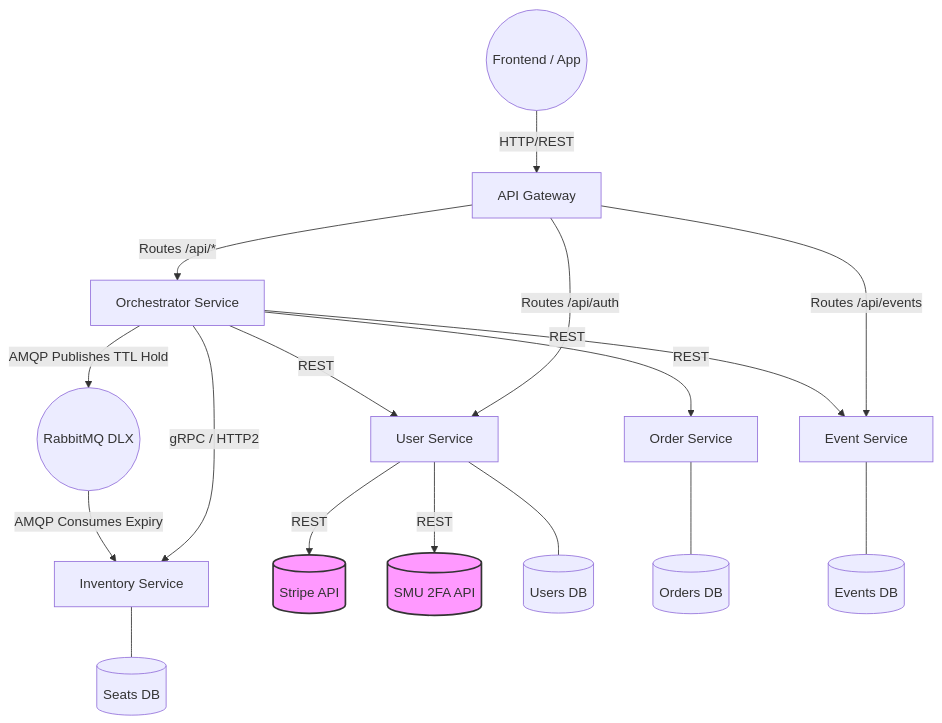
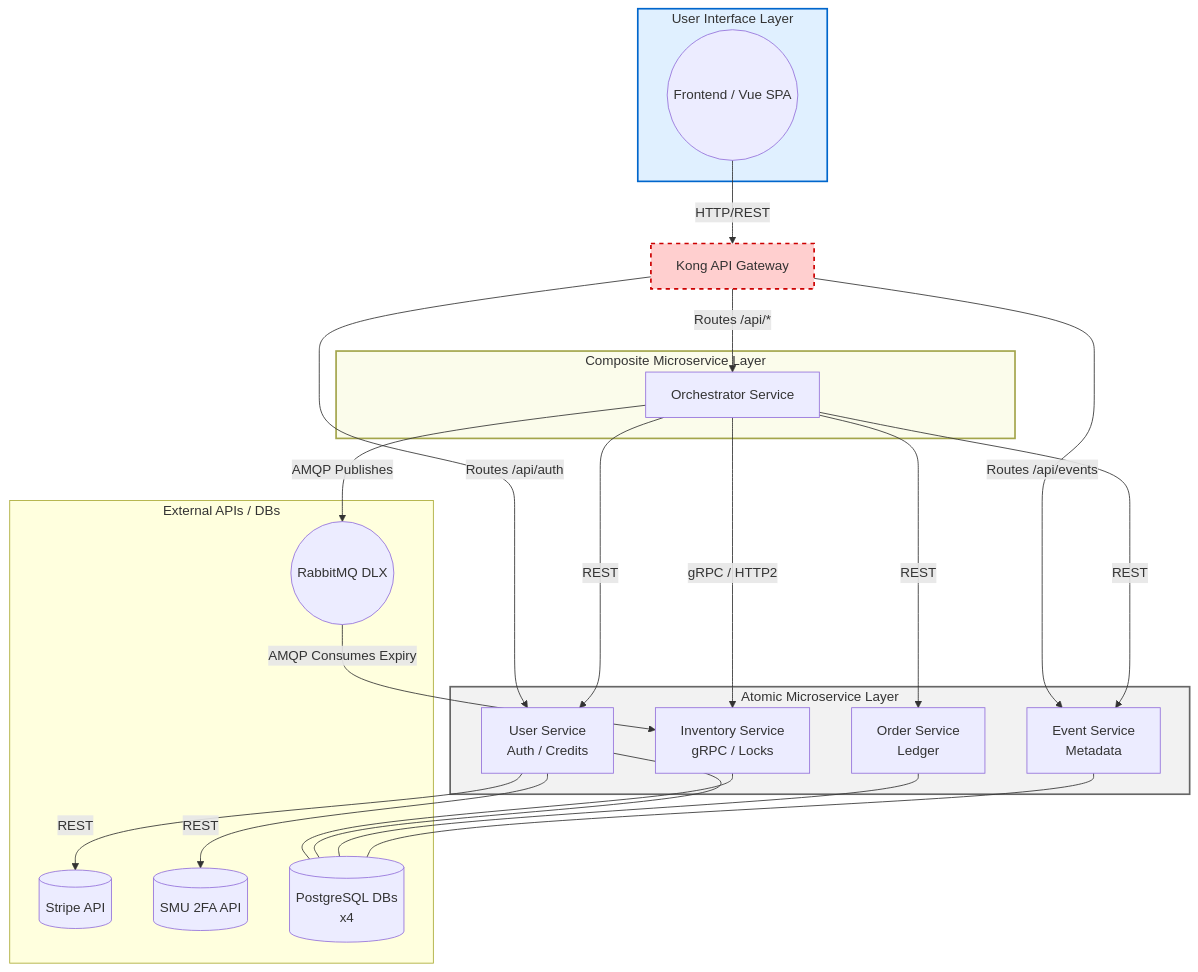
The first of 4 diagrams in README.md (bryanseah234/ticketremaster-b), drawn with Mermaid before and after one commit. The commit also changed other lines of this file, not shown here.

````diff
--- a/README.md
+++ b/README.md
@@ -15,27 +15,62 @@
 ```mermaid
 graph TD
-    Client((Frontend / App)) -->|HTTP/REST| Nginx[API Gateway]
+    %% User Interface Layer
+    subgraph UILayer[User Interface Layer]
+        Client((Frontend / Vue SPA))
+    end
     
-    Nginx -->|Routes /api/*| Orch[Orchestrator Service]
+    Nginx[Kong API Gateway]
+    
+    %% Composite Microservice Layer
+    subgraph CompositeLayer[Composite Microservice Layer]
+        Orch[Orchestrator Service]
+    end
+    
+    %% Atomic Microservice Layer
+    subgraph AtomicLayer[Atomic Microservice Layer]
+        InvSvc[Inventory Service <br/> gRPC / Locks]
+        UserSvc[User Service <br/> Auth / Credits]
+        OrderSvc[Order Service <br/> Ledger]
+        EventSvc[Event Service <br/> Metadata]
+    end
+
+    %% External Layer
+    subgraph ExternalLayer[External APIs / DBs]
+        Stripe[(Stripe API)]
+        SMU[(SMU 2FA API)]
+        RMQ((RabbitMQ DLX))
+        DBs[(PostgreSQL DBs <br/> x4)]
+    end
+    
+    Client -->|HTTP/REST| Nginx
+    
+    Nginx -->|Routes /api/*| Orch
     Nginx -->|Routes /api/auth| UserSvc
     Nginx -->|Routes /api/events| EventSvc
     
-    Orch -->|gRPC / HTTP2| InvSvc[Inventory Service]
-    Orch -->|REST| UserSvc[User Service]
-    Orch -->|REST| OrderSvc[Order Service]
-    Orch -->|REST| EventSvc[Event Service]
+    Orch -->|gRPC / HTTP2| InvSvc
+    Orch -->|REST| UserSvc
+    Orch -->|REST| OrderSvc
+    Orch -->|REST| EventSvc
     
-    Orch -->|AMQP Publishes TTL Hold| RMQ((RabbitMQ DLX))
+    Orch -->|AMQP Publishes| RMQ
     RMQ -->|AMQP Consumes Expiry| InvSvc
     
-    UserSvc -->|REST| Stripe[(Stripe API)]
-    UserSvc -->|REST| SMU[(SMU 2FA API)]
+    UserSvc -->|REST| Stripe
+    UserSvc -->|REST| SMU
     
-    InvSvc --- DB1[(Seats DB)]
-    UserSvc --- DB2[(Users DB)]
-    OrderSvc --- DB3[(Orders DB)]
-    EventSvc --- DB4[(Events DB)]
+    InvSvc --- DBs
+    UserSvc --- DBs
+    OrderSvc --- DBs
+    EventSvc --- DBs
     
-    classDef external fill:#f9f,stroke:#333,stroke-width:2px;
-    class Stripe,SMU external;
+    classDef composite fill:#fbfceb,stroke:#a3a54b,stroke-width:2px;
+    classDef atomic fill:#f2f2f2,stroke:#666,stroke-width:2px;
+    classDef gateway fill:#ffcfcf,stroke:#cc0000,stroke-width:2px,stroke-dasharray: 5 5;
+    classDef ui fill:#e0f0ff,stroke:#0066cc,stroke-width:2px;
+    
+    class CompositeLayer composite;
+    class AtomicLayer atomic;
+    class Nginx gateway;
+    class UILayer ui;
 ```
````
